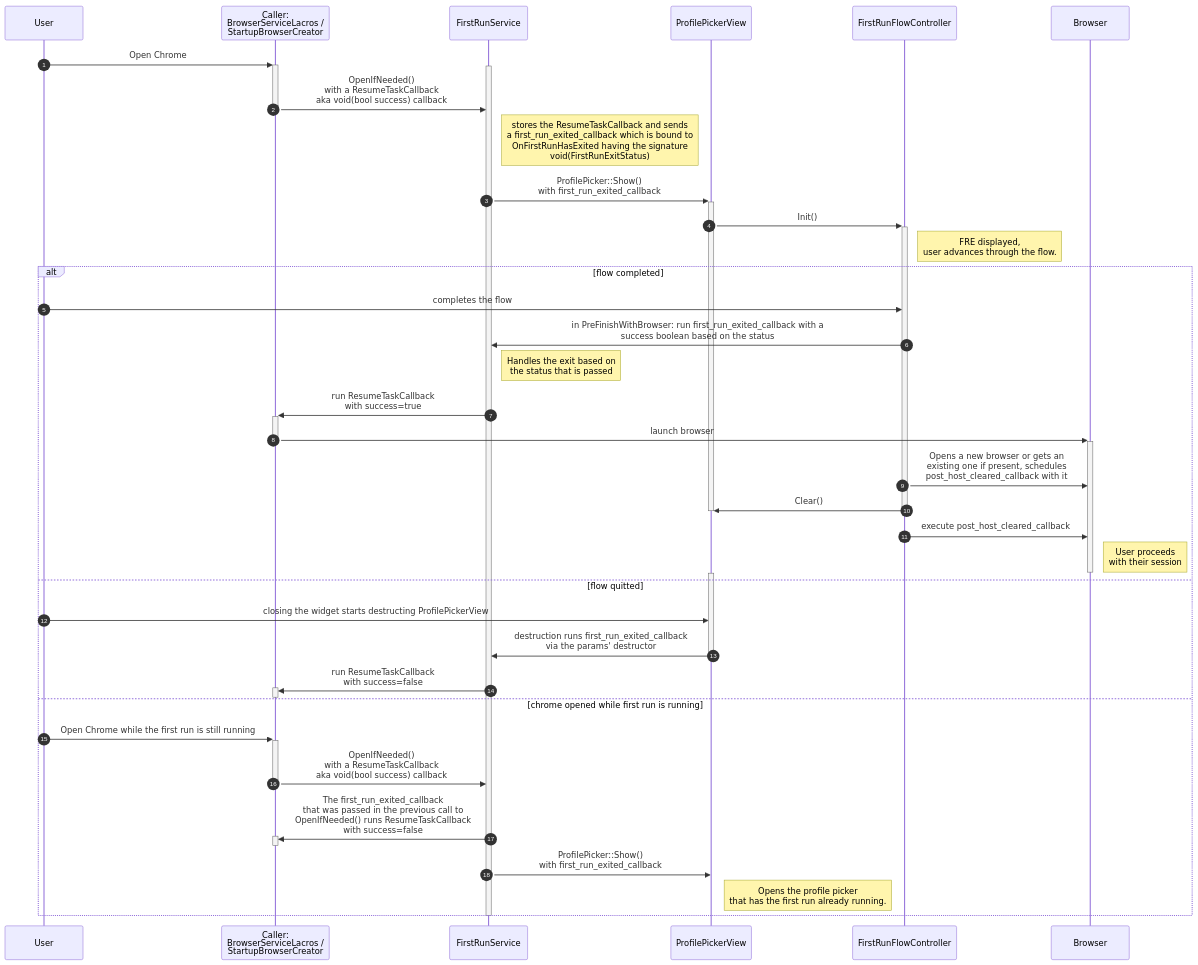
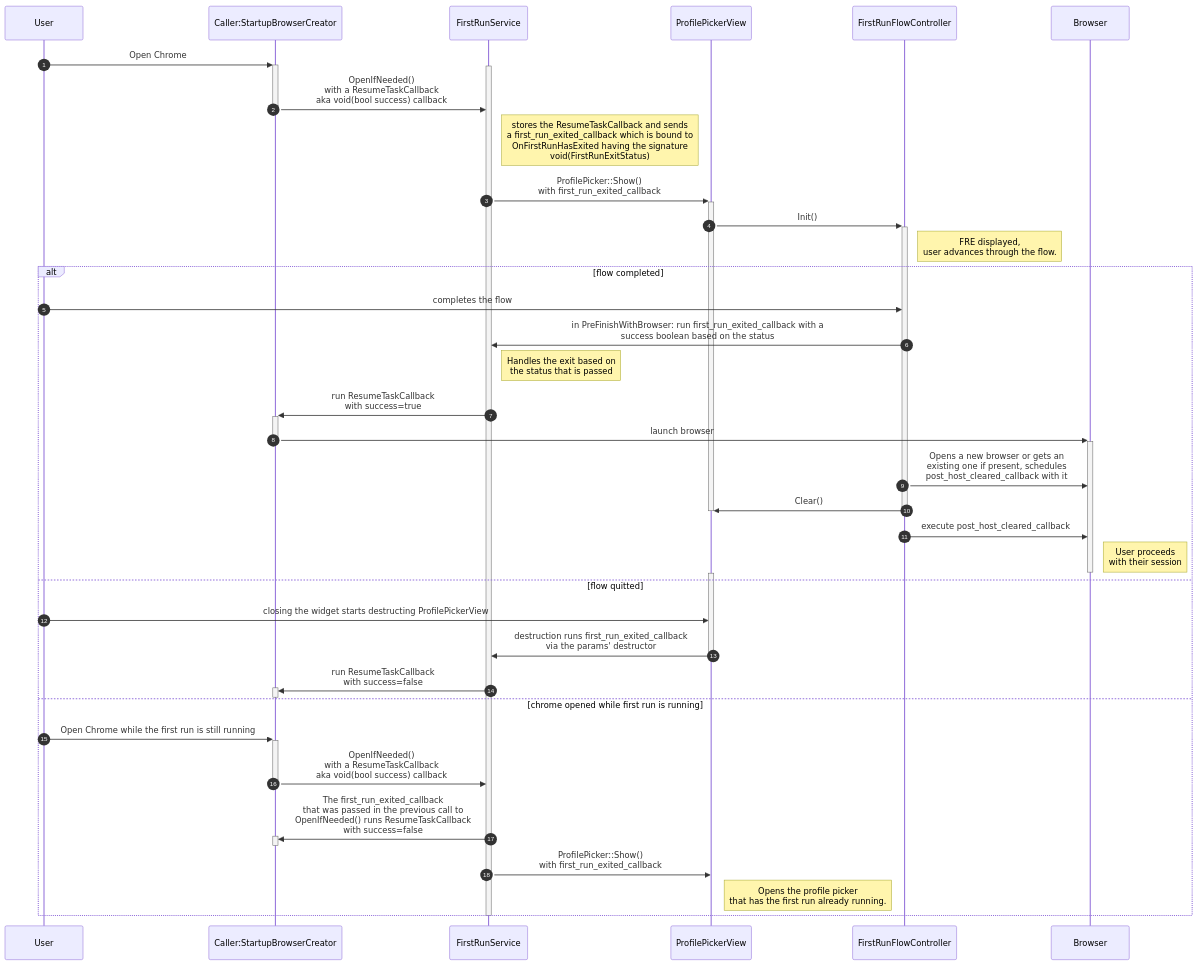
One commit to benji-cannot-code/fast-vc-chromium-benchmark-run-4 changed the diagram in chrome/browser/ui/views/profiles/profile_management.md. Above: the diagram before and after it, drawn with Mermaid. The commit also changed 21 other files, not shown here.

First line of the commit message:
Remove IS_CHROMEOS_LACROS use in chrome/browser/ui/views/profiles

````diff
--- a/chrome/browser/ui/views/profiles/profile_management.md
+++ b/chrome/browser/ui/views/profiles/profile_management.md
@@ -17,52 +17,52 @@
 ```mermaid
 sequenceDiagram
     autonumber
 
     participant User
-    participant Caller as Caller:<br/>BrowserServiceLacros /<br/>StartupBrowserCreator
+    participant Caller as Caller:StartupBrowserCreator
     participant FRS as FirstRunService
     participant PPV as ProfilePickerView
     participant FC as FirstRunFlowController
 
     User->>+Caller: Open Chrome
     activate FRS
     Caller->>FRS: OpenIfNeeded()<br/>with a ResumeTaskCallback<br/>aka void(bool success) callback
     deactivate Caller
     note right of FRS: stores the ResumeTaskCallback and sends<br/> a first_run_exited_callback which is bound to <br/>OnFirstRunHasExited having the signature<br/>void(FirstRunExitStatus)
     FRS->>+PPV: ProfilePicker::Show()<br/>with first_run_exited_callback
     PPV->>+FC: Init()
     Note right of FC: FRE displayed,<br/>user advances through the flow.
 
     alt flow completed
       User->>FC: completes the flow
       FC->>FRS: in PreFinishWithBrowser: run first_run_exited_callback with a<br/>success boolean based on the status
       Note right of FRS: Handles the exit based on <br/>the status that is passed
       FRS->>+Caller: run ResumeTaskCallback<br/>with success=true
       Caller->>+Browser: launch browser
       deactivate Caller
       FC->>Browser: Opens a new browser or gets an<br/>existing one if present, schedules<br/>post_host_cleared_callback with it
       FC->>PPV: Clear()
       deactivate PPV
       deactivate FC
       FC->>Browser: execute post_host_cleared_callback
       note right of Browser: User proceeds<br/>with their session
       deactivate Browser
       activate PPV
     else flow quitted
       User->>PPV: closing the widget starts destructing ProfilePickerView
       PPV->>FRS: destruction runs first_run_exited_callback<br/>via the params' destructor
       deactivate PPV
       FRS->>+Caller: run ResumeTaskCallback<br/>with success=false
       deactivate Caller
     else chrome opened while first run is running
       User->>+Caller: Open Chrome while the first run is still running
       Caller->>FRS: OpenIfNeeded()<br/>with a ResumeTaskCallback<br/>aka void(bool success) callback
       deactivate Caller
       FRS->>+Caller: The first_run_exited_callback<br/>that was passed in the previous call to<br/>OpenIfNeeded() runs ResumeTaskCallback<br/> with success=false
       deactivate Caller
       FRS->>PPV: ProfilePicker::Show()<br/>with first_run_exited_callback
       Note right of PPV: Opens the profile picker<br/> that has the first run already running.
     end
 
     deactivate FRS
 ```
````
